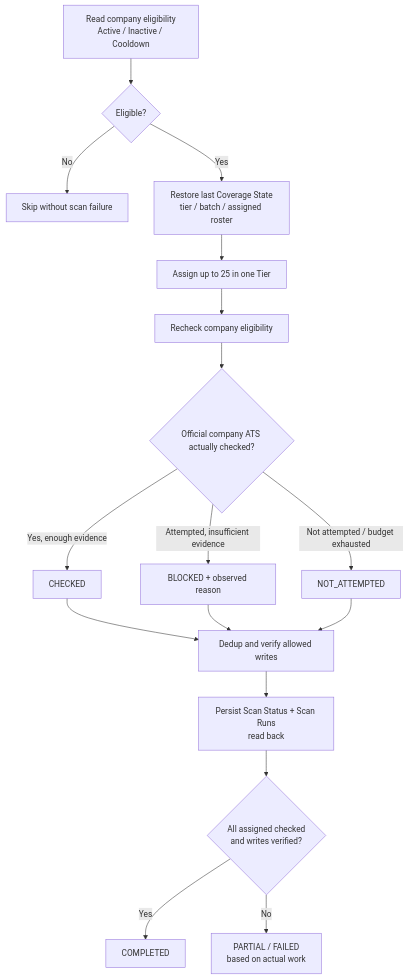
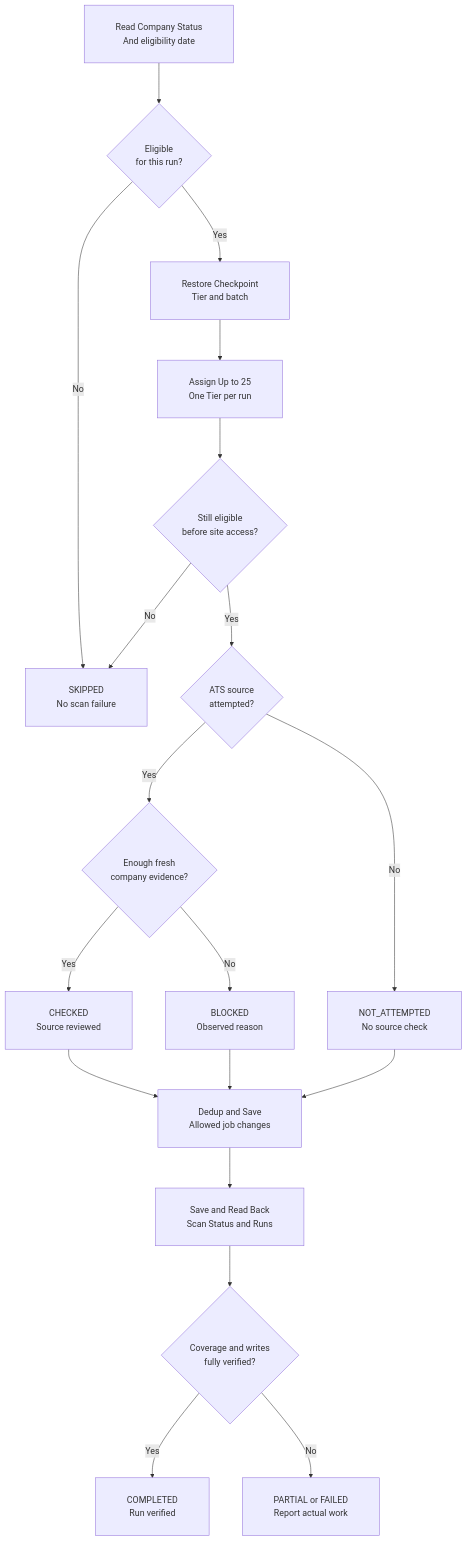
The diagram in docs/reliability-and-observability.md (sophiesun7119/ai-job-application-lifecycle), drawn with Mermaid before and after one commit. The commit also changed other lines of this file and 3 other files, not shown here.

Commit message:
docs: improve lifecycle Mermaid readability and add full workflow guide

````diff
--- a/docs/reliability-and-observability.md
+++ b/docs/reliability-and-observability.md
@@ -7,19 +7,36 @@
 ```mermaid
-flowchart TD
-  A["Read company eligibility<br/>Active / Inactive / Cooldown"] --> B{"Eligible?"}
-  B -->|No| SK["Skip without scan failure"]
-  B -->|Yes| C["Restore last Coverage State<br/>tier / batch / assigned roster"]
-  C --> D["Assign up to 25 in one Tier"]
-  D --> E["Recheck company eligibility"]
-  E --> F{"Official company ATS actually checked?"}
-  F -->|Yes, enough evidence| CH["CHECKED"]
-  F -->|Attempted, insufficient evidence| BL["BLOCKED + observed reason"]
-  F -->|Not attempted / budget exhausted| NT["NOT_ATTEMPTED"]
-  CH --> W["Dedup and verify allowed writes"]
-  BL --> W
-  NT --> W
-  W --> R["Persist Scan Status + Scan Runs<br/>read back"]
-  R --> P{"All assigned checked<br/>and writes verified?"}
-  P -->|Yes| S["COMPLETED"]
-  P -->|No| T["PARTIAL / FAILED<br/>based on actual work"]
+%%{init: {"flowchart": {"nodeSpacing": 64, "rankSpacing": 78, "padding": 30}, "themeVariables": {"fontSize": "17px"}}}%%
+flowchart TB
+    ELIG["Read Company Status<br/>And eligibility date"]
+    IS_ELIG{"Eligible<br/>for this run?"}
+    SKIP["SKIPPED<br/>No scan failure"]
+    RESTORE["Restore Checkpoint<br/>Tier and batch"]
+    BATCH["Assign Up to 25<br/>One Tier per run"]
+    AGAIN{"Still eligible<br/>before site access?"}
+    ATTEMPT{"ATS source<br/>attempted?"}
+    NOT["NOT_ATTEMPTED<br/>No source check"]
+    EVIDENCE{"Enough fresh<br/>company evidence?"}
+    CHECKED["CHECKED<br/>Source reviewed"]
+    BLOCKED["BLOCKED<br/>Observed reason"]
+    WRITE["Dedup and Save<br/>Allowed job changes"]
+    RECEIPT["Save and Read Back<br/>Scan Status and Runs"]
+    DONE{"Coverage and writes<br/>fully verified?"}
+    COMPLETE["COMPLETED<br/>Run verified"]
+    PARTIAL["PARTIAL or FAILED<br/>Report actual work"]
+
+    ELIG --> IS_ELIG
+    IS_ELIG -->|No| SKIP
+    IS_ELIG -->|Yes| RESTORE --> BATCH --> AGAIN
+    AGAIN -->|No| SKIP
+    AGAIN -->|Yes| ATTEMPT
+    ATTEMPT -->|No| NOT
+    ATTEMPT -->|Yes| EVIDENCE
+    EVIDENCE -->|Yes| CHECKED
+    EVIDENCE -->|No| BLOCKED
+    CHECKED --> WRITE
+    BLOCKED --> WRITE
+    NOT --> WRITE
+    WRITE --> RECEIPT --> DONE
+    DONE -->|Yes| COMPLETE
+    DONE -->|No| PARTIAL
 ```
````
